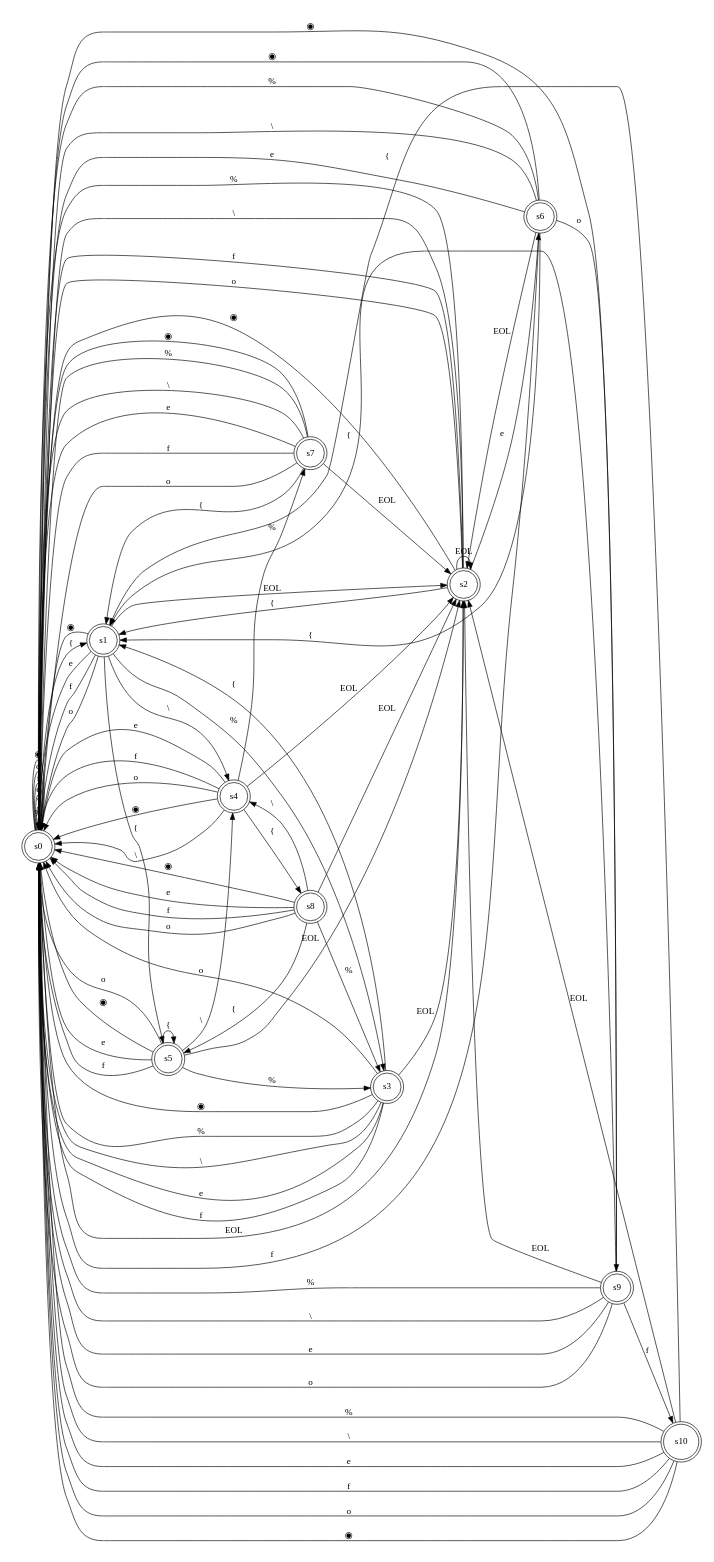
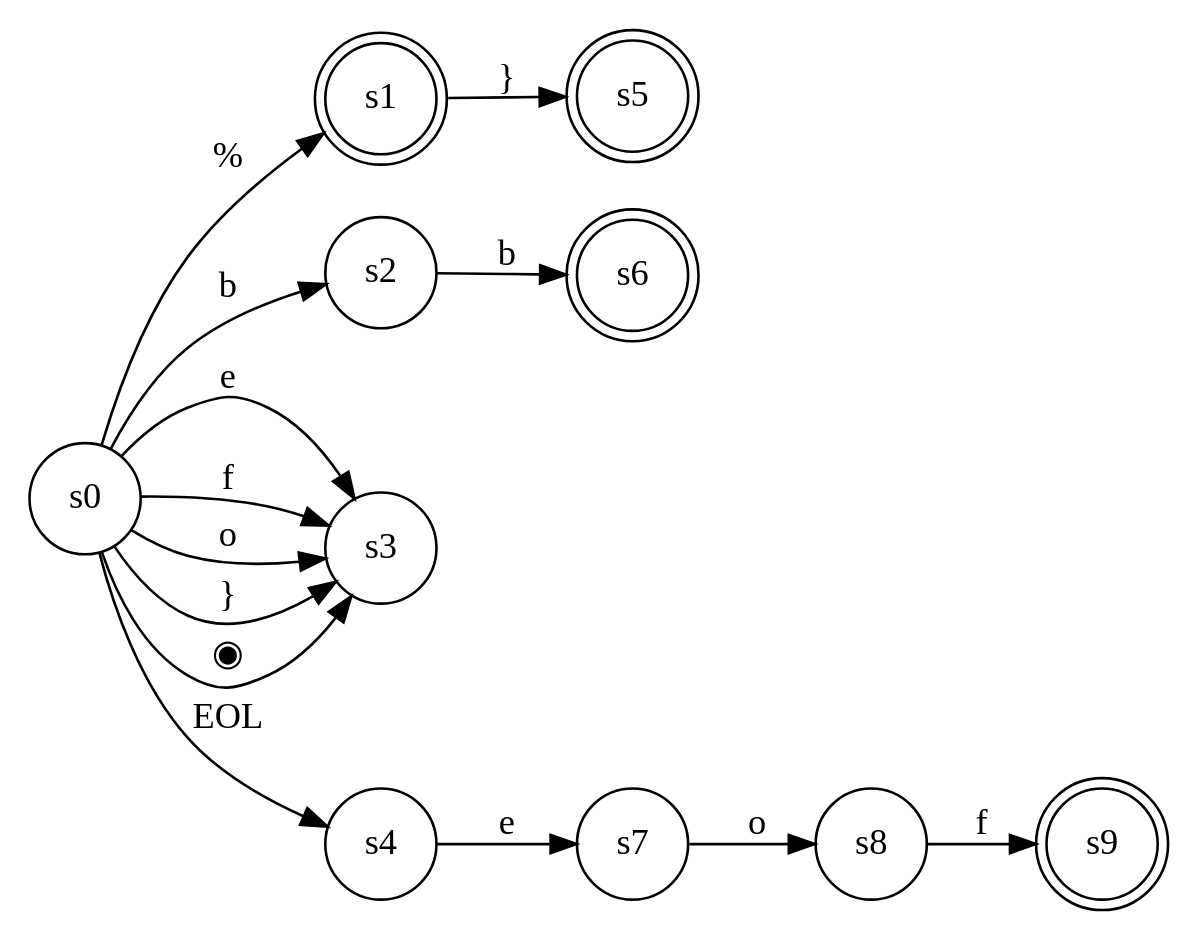
The diagram in ref/mmm_machine_0.gv (pschlump/lexie), drawn with Graphviz before and after one commit. The commit also changed 11 other files, not shown here.

```diff
--- a/ref/mmm_machine_0.gv
+++ b/ref/mmm_machine_0.gv
@@ -1,94 +1,19 @@
 digraph finite_state_machine {
 	rankdir=LR;
 	size="18,8"
-	node [shape = doublecircle]; s0 s1 s2 s3 s4 s5 s6 s7 s8 s9 s10;
+	node [shape = doublecircle]; s1 s5 s6 s9;
 	node [shape = circle];
-	s0 -> s0 [ label = "%" ];
-	s0 -> s0 [ label = "\\" ];
-	s0 -> s0 [ label = "e" ];
-	s0 -> s0 [ label = "f" ];
-	s0 -> s0 [ label = "o" ];
-	s0 -> s1 [ label = "{" ];
-	s0 -> s2 [ label = "EOL" ];
-	s0 -> s0 [ label = "◉" ];
-	s1 -> s3 [ label = "%" ];
-	s1 -> s4 [ label = "\\" ];
-	s1 -> s0 [ label = "e" ];
-	s1 -> s0 [ label = "f" ];
-	s1 -> s0 [ label = "o" ];
-	s1 -> s5 [ label = "{" ];
-	s1 -> s2 [ label = "EOL" ];
-	s1 -> s0 [ label = "◉" ];
-	s2 -> s0 [ label = "%" ];
-	s2 -> s0 [ label = "\\" ];
-	s2 -> s6 [ label = "e" ];
-	s2 -> s0 [ label = "f" ];
-	s2 -> s0 [ label = "o" ];
-	s2 -> s1 [ label = "{" ];
-	s2 -> s2 [ label = "EOL" ];
-	s2 -> s0 [ label = "◉" ];
-	s3 -> s0 [ label = "%" ];
-	s3 -> s0 [ label = "\\" ];
-	s3 -> s0 [ label = "e" ];
-	s3 -> s0 [ label = "f" ];
-	s3 -> s0 [ label = "o" ];
-	s3 -> s1 [ label = "{" ];
-	s3 -> s2 [ label = "EOL" ];
-	s3 -> s0 [ label = "◉" ];
-	s4 -> s7 [ label = "%" ];
-	s4 -> s0 [ label = "\\" ];
-	s4 -> s0 [ label = "e" ];
-	s4 -> s0 [ label = "f" ];
-	s4 -> s0 [ label = "o" ];
-	s4 -> s8 [ label = "{" ];
-	s4 -> s2 [ label = "EOL" ];
-	s4 -> s0 [ label = "◉" ];
-	s5 -> s3 [ label = "%" ];
-	s5 -> s4 [ label = "\\" ];
-	s5 -> s0 [ label = "e" ];
-	s5 -> s0 [ label = "f" ];
-	s5 -> s0 [ label = "o" ];
-	s5 -> s5 [ label = "{" ];
-	s5 -> s2 [ label = "EOL" ];
-	s5 -> s0 [ label = "◉" ];
-	s6 -> s0 [ label = "%" ];
-	s6 -> s0 [ label = "\\" ];
-	s6 -> s0 [ label = "e" ];
-	s6 -> s0 [ label = "f" ];
-	s6 -> s9 [ label = "o" ];
-	s6 -> s1 [ label = "{" ];
-	s6 -> s2 [ label = "EOL" ];
-	s6 -> s0 [ label = "◉" ];
-	s7 -> s0 [ label = "%" ];
-	s7 -> s0 [ label = "\\" ];
-	s7 -> s0 [ label = "e" ];
-	s7 -> s0 [ label = "f" ];
-	s7 -> s0 [ label = "o" ];
-	s7 -> s1 [ label = "{" ];
-	s7 -> s2 [ label = "EOL" ];
-	s7 -> s0 [ label = "◉" ];
-	s8 -> s3 [ label = "%" ];
-	s8 -> s4 [ label = "\\" ];
-	s8 -> s0 [ label = "e" ];
-	s8 -> s0 [ label = "f" ];
-	s8 -> s0 [ label = "o" ];
-	s8 -> s5 [ label = "{" ];
-	s8 -> s2 [ label = "EOL" ];
-	s8 -> s0 [ label = "◉" ];
-	s9 -> s0 [ label = "%" ];
-	s9 -> s0 [ label = "\\" ];
-	s9 -> s0 [ label = "e" ];
-	s9 -> s10 [ label = "f" ];
-	s9 -> s0 [ label = "o" ];
-	s9 -> s1 [ label = "{" ];
-	s9 -> s2 [ label = "EOL" ];
-	s9 -> s0 [ label = "◉" ];
-	s10 -> s0 [ label = "%" ];
-	s10 -> s0 [ label = "\\" ];
-	s10 -> s0 [ label = "e" ];
-	s10 -> s0 [ label = "f" ];
-	s10 -> s0 [ label = "o" ];
-	s10 -> s1 [ label = "{" ];
-	s10 -> s2 [ label = "EOL" ];
-	s10 -> s0 [ label = "◉" ];
+	s0 -> s1 [ label = "%" ];
+	s0 -> s2 [ label = "b" ];
+	s0 -> s3 [ label = "e" ];
+	s0 -> s3 [ label = "f" ];
+	s0 -> s3 [ label = "o" ];
+	s0 -> s3 [ label = "}" ];
+	s0 -> s4 [ label = "EOL" ];
+	s0 -> s3 [ label = "◉" ];
+	s1 -> s5 [ label = "}" ];
+	s2 -> s6 [ label = "b" ];
+	s4 -> s7 [ label = "e" ];
+	s7 -> s8 [ label = "o" ];
+	s8 -> s9 [ label = "f" ];
 }
```
